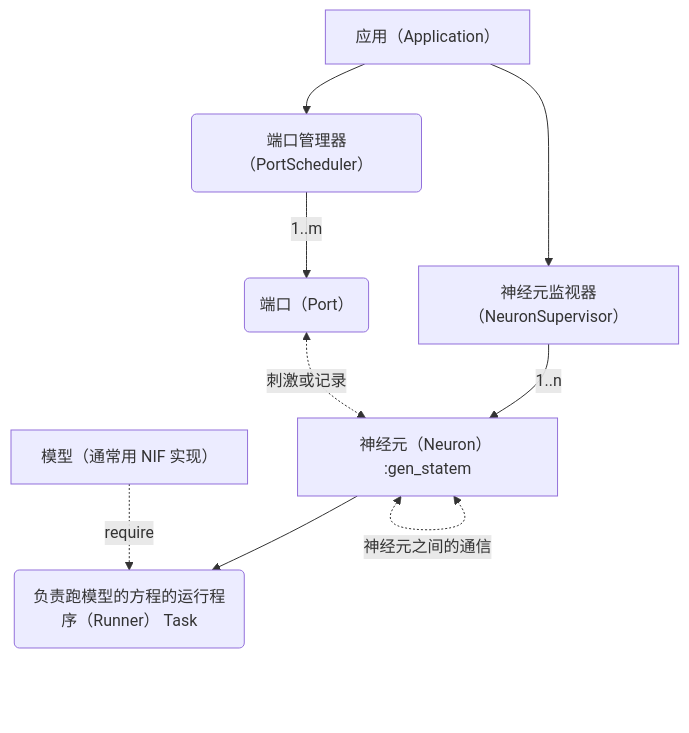
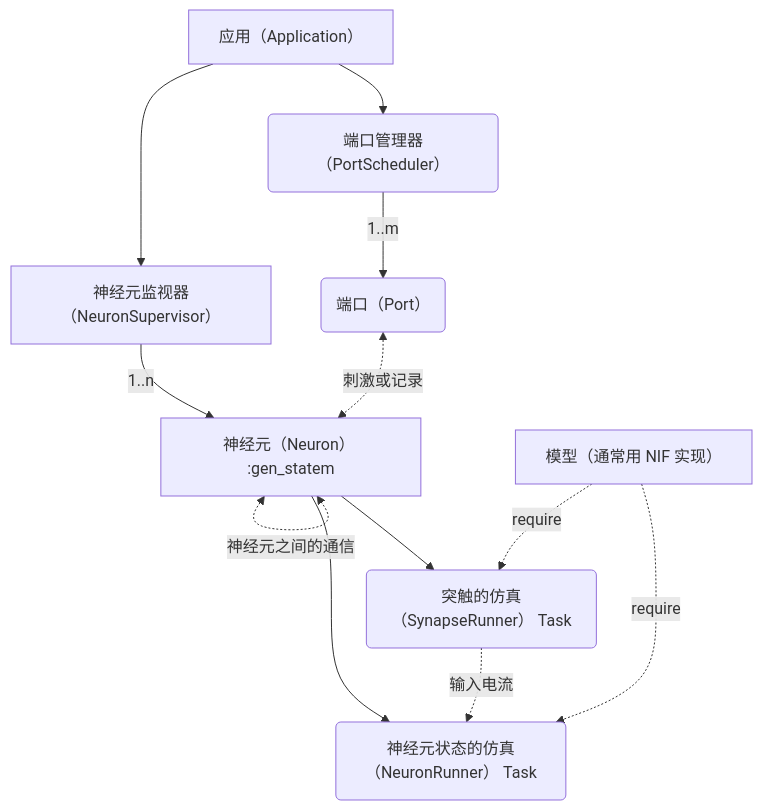
Before and after one commit to GES233/Glowworm: the diagram in README.zh-Hans.md, drawn with Mermaid. The commit also changed 3 other files, not shown here.

````diff
--- a/README.zh-Hans.md
+++ b/README.zh-Hans.md
@@ -13,11 +13,14 @@
 ```mermaid
 graph TD
   Application["应用（Application）"] --> NeuronSupervisor["神经元监视器（NeuronSupervisor）"]
   NeuronSupervisor --1..n--> Neuron["神经元（Neuron） :gen_statem"]
   Application --> PortScheduler("端口管理器（PortScheduler）")
   PortScheduler --1..m--> Port("端口（Port）")
   Port <-.刺激或记录.-> Neuron
   Neuron <-.神经元之间的通信.-> Neuron
-  Neuron --> Runner("负责跑模型的方程的运行程序（Runner） Task")
-  Models["模型（通常用 NIF 实现）"] -.require.-> Runner
+  Neuron --> NeuronRunner("神经元状态的仿真（NeuronRunner） Task")
+  Neuron --> SynapseRunner("突触的仿真（SynapseRunner） Task")
+  SynapseRunner -.输入电流.-> NeuronRunner
+  Models["模型（通常用 NIF 实现）"] -.require.-> NeuronRunner
+  Models["模型（通常用 NIF 实现）"] -.require.-> SynapseRunner
 ```
````
